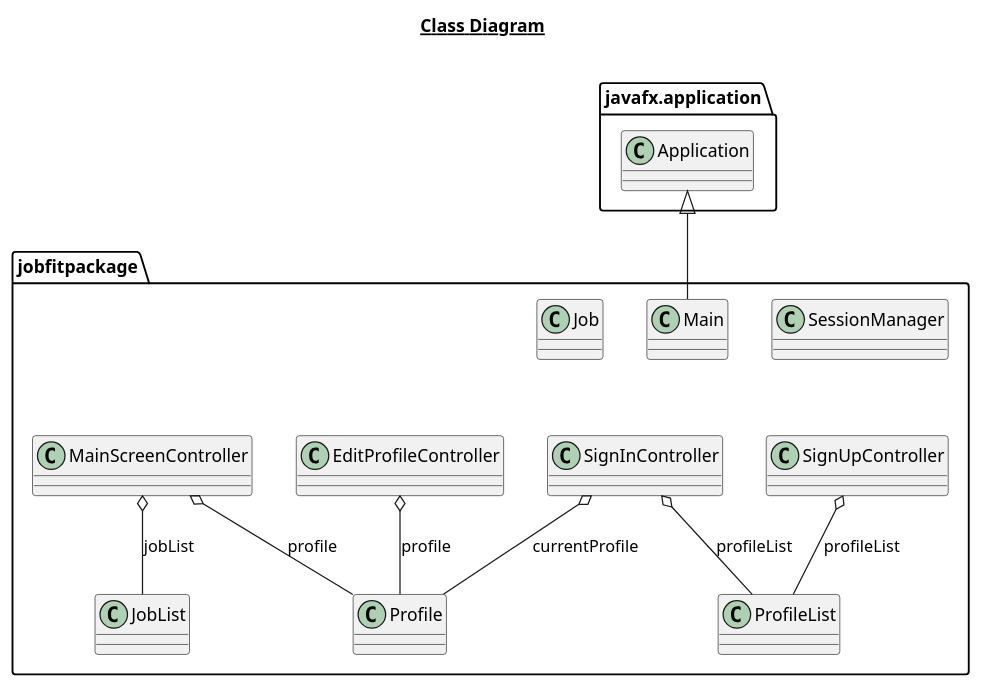
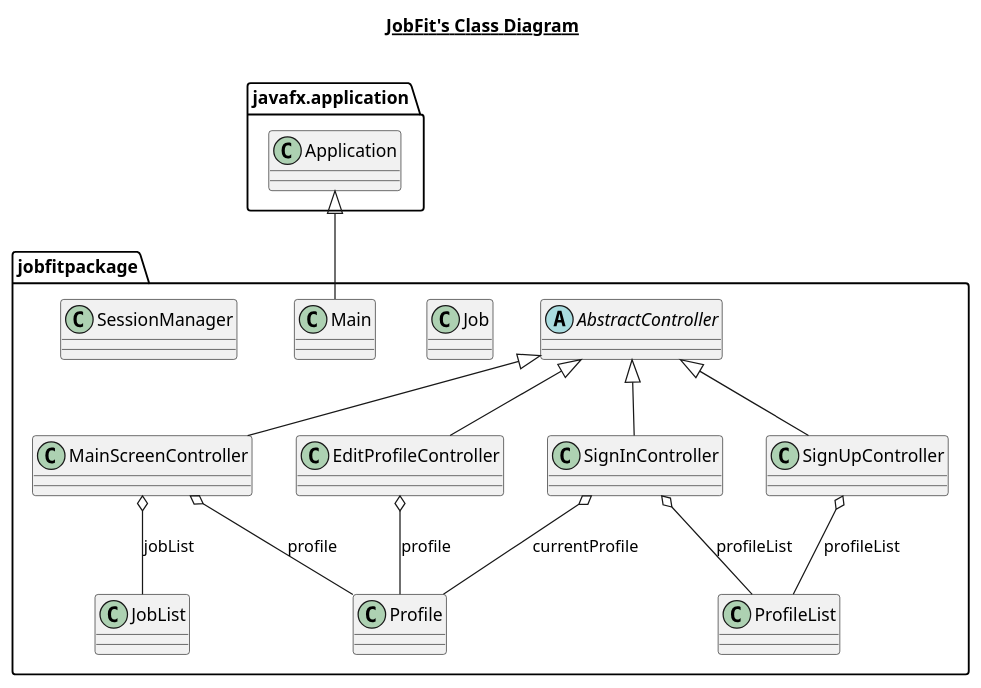
One commit to Cycromous/oo3RedProject changed the diagram in ClassDiagram.plantuml. Above: the diagram before and after it, drawn with PlantUML. The commit also changed 4 other files, not shown here.

```diff
--- a/ClassDiagram.plantuml
+++ b/ClassDiagram.plantuml
@@ -1,37 +1,40 @@
 @startuml
 
-title __Class Diagram__\n
-
+title __JobFit's Class Diagram__\n
 set namespaceseparator none
+namespace jobfitpackage {
+  abstract class AbstractController {}
+  class EditProfileController {}
+  class Job {}
+  class JobList {}
+  class Main {}
+  class MainScreenController {}
+  class Profile {}
+  class ProfileList {}
+  class SessionManager {}
+  class SignInController {}
+  class SignUpController {}
+}
 
 namespace javafx.application {
   class Application {}
 }
 
-namespace jobfitpackage {
-  class JobList {}
-  class MainScreenController {}
-  class Profile {}
-  class ProfileList {}
-  class SignInController {}
-  class EditProfileController {}
-  class SignUpController {}
-  class SessionManager {}
-  class Job {}
-  class Main {}
-}
+SignInController -l[hidden]- EditProfileController
 
-SignUpController -up[hidden]- Main
-Main -l[hidden]- Job
-Main -r[hidden]- SessionManager
+EditProfileController -up-|> AbstractController
+SignInController -up-|> AbstractController
+MainScreenController -up-|> AbstractController
+SignUpController -up-|> AbstractController
 
 EditProfileController o-- Profile : profile
+
 Main -up-|> Application
 
 MainScreenController o-- JobList : jobList
 MainScreenController o-- Profile : profile
+
+SignInController o-- ProfileList : profileList
 SignInController o-- Profile : currentProfile
-SignInController o-- ProfileList : profileList
 SignUpController o-- ProfileList : profileList
-
 @enduml
```
